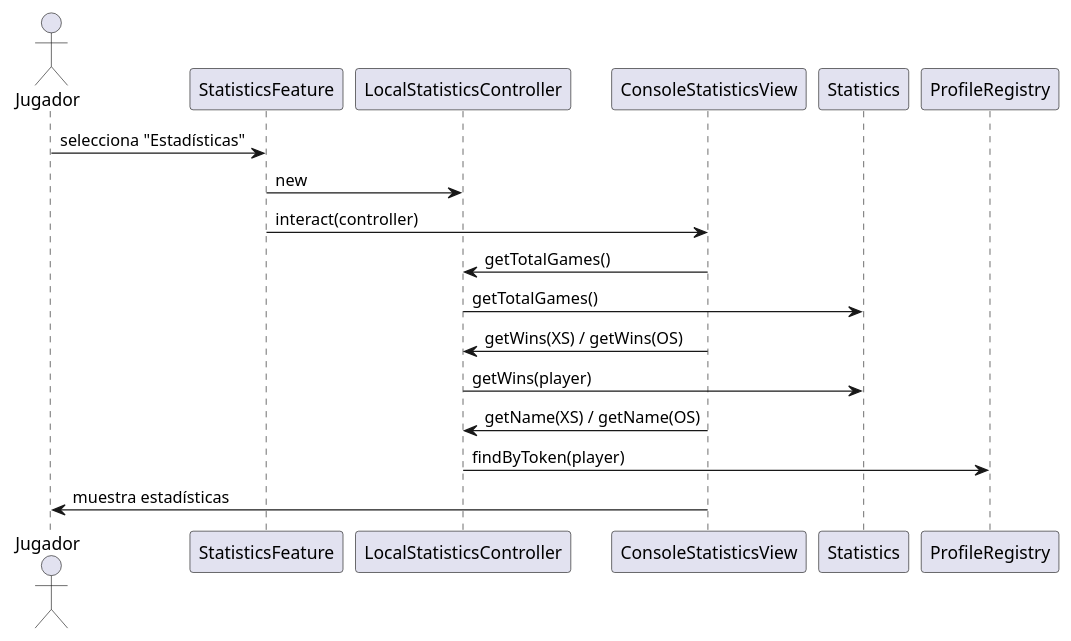
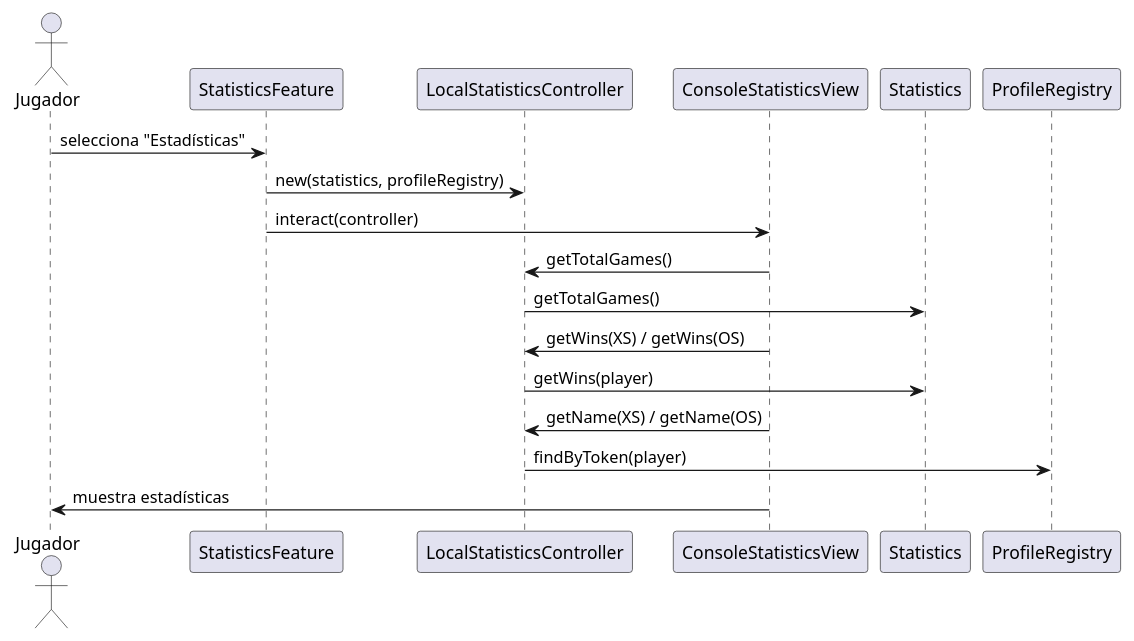
Before and after one commit to pcarroza/tictactoe-java: the diagram in docs/4+1views/escenarios/secuencia-estadisticas.puml, drawn with PlantUML. The commit also changed 16 other files, not shown here.

```diff
--- a/docs/4+1views/escenarios/secuencia-estadisticas.puml
+++ b/docs/4+1views/escenarios/secuencia-estadisticas.puml
@@ -1,19 +1,19 @@
 @startuml secuencia-estadisticas
 actor Jugador
 participant StatisticsFeature
 participant LocalStatisticsController
 participant ConsoleStatisticsView
 participant Statistics
 participant ProfileRegistry
 
 Jugador -> StatisticsFeature : selecciona "Estadísticas"
-StatisticsFeature -> LocalStatisticsController : new
+StatisticsFeature -> LocalStatisticsController : new(statistics, profileRegistry)
 StatisticsFeature -> ConsoleStatisticsView : interact(controller)
 ConsoleStatisticsView -> LocalStatisticsController : getTotalGames()
 LocalStatisticsController -> Statistics : getTotalGames()
 ConsoleStatisticsView -> LocalStatisticsController : getWins(XS) / getWins(OS)
 LocalStatisticsController -> Statistics : getWins(player)
 ConsoleStatisticsView -> LocalStatisticsController : getName(XS) / getName(OS)
 LocalStatisticsController -> ProfileRegistry : findByToken(player)
 ConsoleStatisticsView -> Jugador : muestra estadísticas
 @enduml
```
